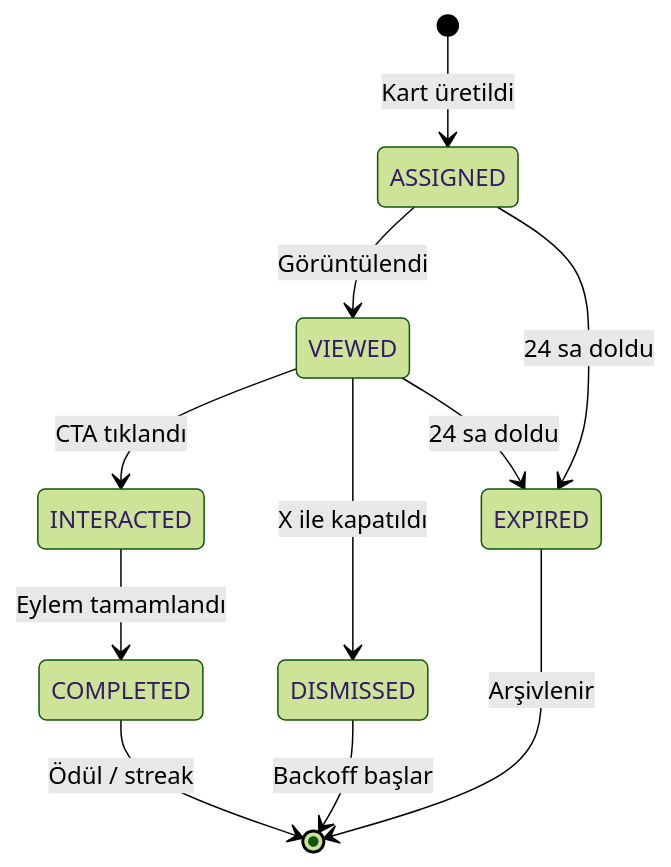
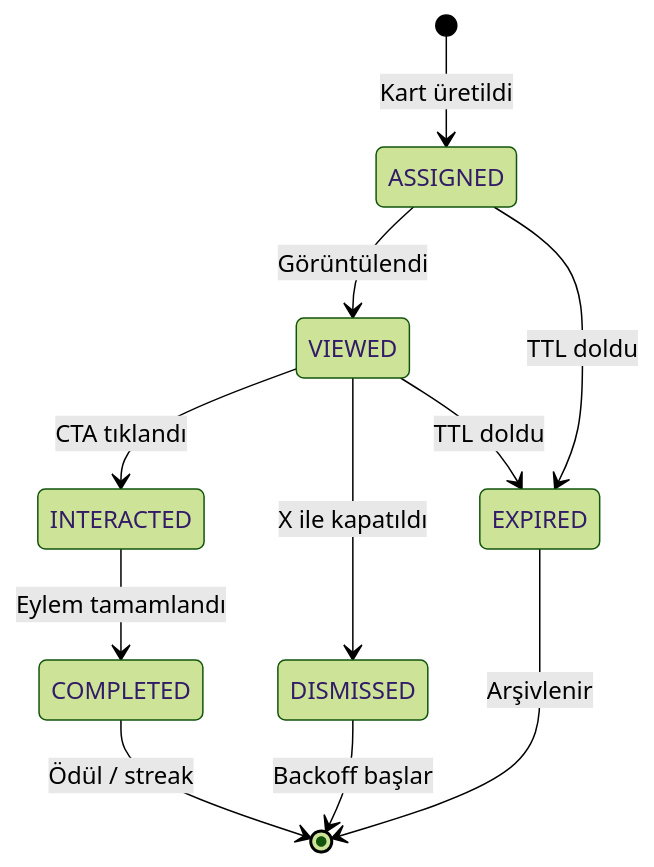
One commit to Losdreyfedus/doping-pulse changed the second of 2 diagrams in docs/intervention-engine-and-surveys.md. Above: the diagram before and after it, drawn with Mermaid (forest theme). The commit also changed other lines of this file and 7 other files, not shown here.

````diff
--- a/docs/intervention-engine-and-surveys.md
+++ b/docs/intervention-engine-and-surveys.md
@@ -104,16 +106,16 @@
 ```mermaid
 stateDiagram-v2
     [*] --> ASSIGNED: Kart üretildi
     ASSIGNED --> VIEWED: Görüntülendi
     
     VIEWED --> INTERACTED: CTA tıklandı
     INTERACTED --> COMPLETED: Eylem tamamlandı
     
     VIEWED --> DISMISSED: X ile kapatıldı
-    ASSIGNED --> EXPIRED: 24 sa doldu
-    VIEWED --> EXPIRED: 24 sa doldu
+    ASSIGNED --> EXPIRED: TTL doldu
+    VIEWED --> EXPIRED: TTL doldu
     
     DISMISSED --> [*]: Backoff başlar
     COMPLETED --> [*]: Ödül / streak
     EXPIRED --> [*]: Arşivlenir
 ```
````
